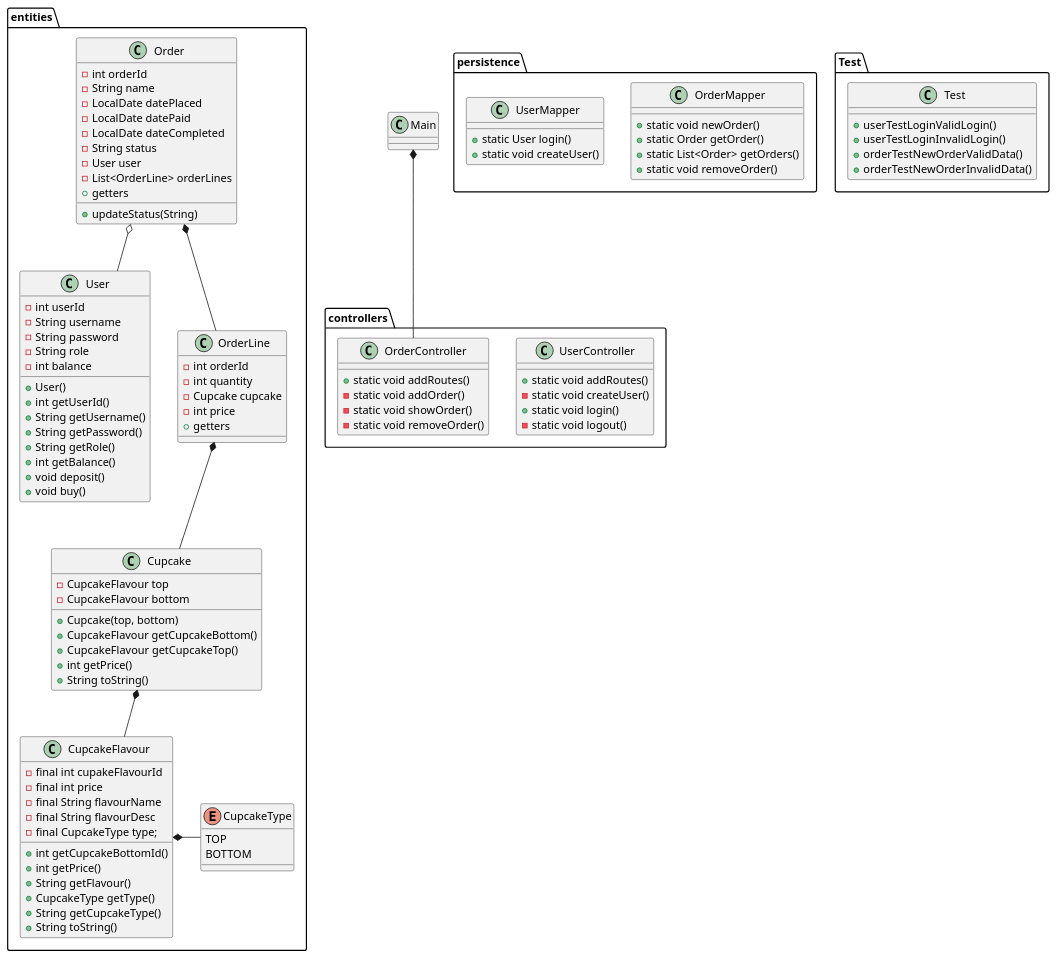
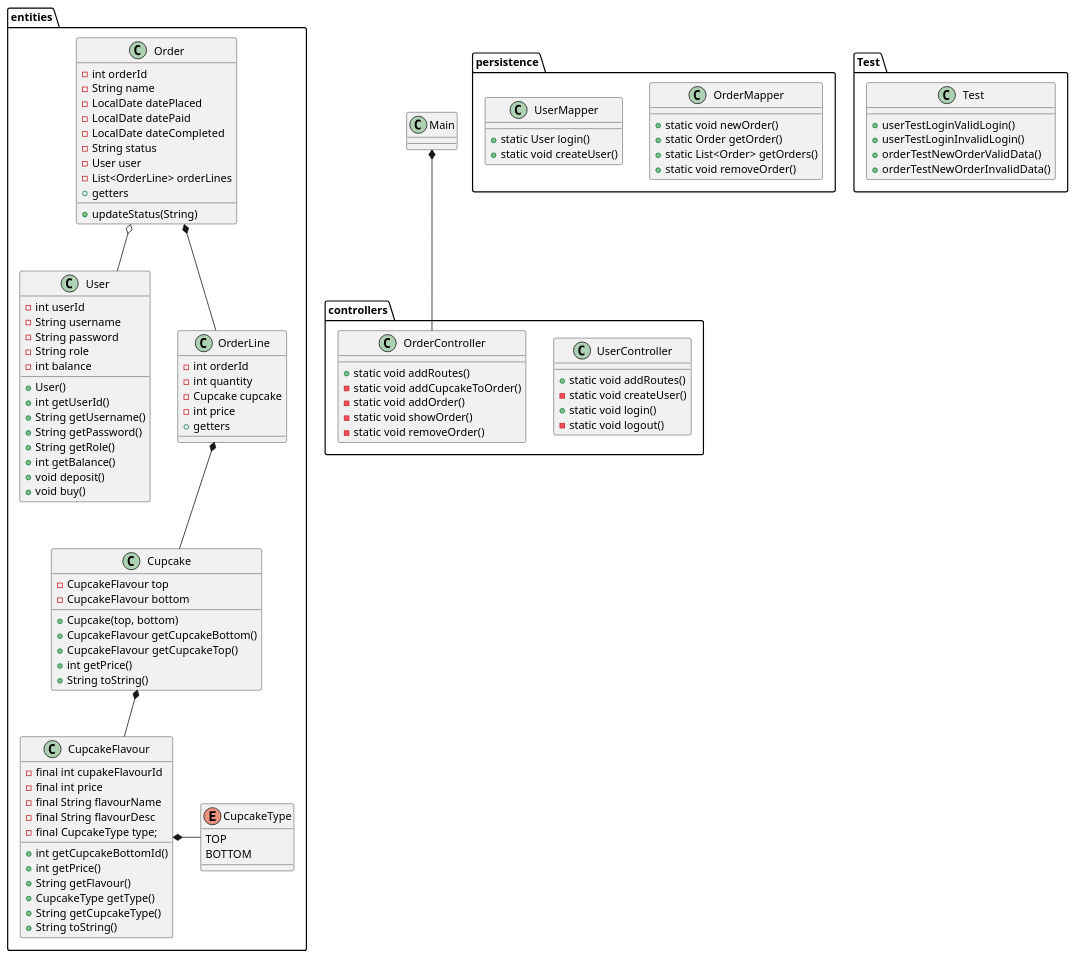
One commit to AndyTheDragon/Cupcake changed the diagram in docs/class-diagramv1.puml. Above: the diagram before and after it, drawn with PlantUML.

Commit message:
Havde lige glemt en metode i OrderController

```diff
--- a/docs/class-diagramv1.puml
+++ b/docs/class-diagramv1.puml
@@ -1,122 +1,123 @@
 @startuml
 'https://plantuml.com/class-diagram
 
 class Main {
 }
 
 package entities {
     enum CupcakeType {
         TOP
         BOTTOM
     }
     class CupcakeFlavour {
         - final int cupakeFlavourId
         - final int price
         - final String flavourName
         - final String flavourDesc
         - final CupcakeType type;
         + int getCupcakeBottomId()
         + int getPrice()
         + String getFlavour()
         + CupcakeType getType()
         + String getCupcakeType()
         'override
         + String toString()
     }
 
     class Cupcake {
         - CupcakeFlavour top
         - CupcakeFlavour bottom
         + Cupcake(top, bottom)
         + CupcakeFlavour getCupcakeBottom()
         + CupcakeFlavour getCupcakeTop()
         + int getPrice()
         'override
         + String toString()
     }
 
     class User {
         - int userId
         - String username
         - String password
         - String role
         - int balance
         + User()
         + int getUserId()
         + String getUsername()
         + String getPassword()
         + String getRole()
         + int getBalance()
         + void deposit()
         + void buy()
     }
 
     class Order {
         - int orderId
         - String name
         - LocalDate datePlaced
         - LocalDate datePaid
         - LocalDate dateCompleted
         - String status
         - User user
         - List<OrderLine> orderLines
         + getters
         + updateStatus(String)
     }
     class OrderLine {
         - int orderId
         - int quantity
         - Cupcake cupcake
         - int price
         + getters
     }
 }
 
 package controllers {
     class UserController {
         + static void addRoutes()
         - static void createUser()
         + static void login()
         - static void logout()
     }
     class OrderController {
         + static void addRoutes()
+        - static void addCupcakeToOrder()
         - static void addOrder()
         - static void showOrder()
         - static void removeOrder()
     }
 }
 
 package persistence {
     class OrderMapper {
         + static void newOrder()
         + static Order getOrder()
         + static List<Order> getOrders()
         + static void removeOrder()
     }
 
     class UserMapper {
         + static User login()
         + static void createUser()
     }
 }
 
 package Test {
  class Test {
     + userTestLoginValidLogin()
     + userTestLoginInvalidLogin()
     + orderTestNewOrderValidData()
     + orderTestNewOrderInvalidData()
 
 
  }
 }
 
 Main *-- OrderController
 Cupcake *-- CupcakeFlavour
 Order *-- OrderLine
 Order o-- User
 OrderLine *-- Cupcake
 CupcakeFlavour *- CupcakeType
 
 @enduml
```
